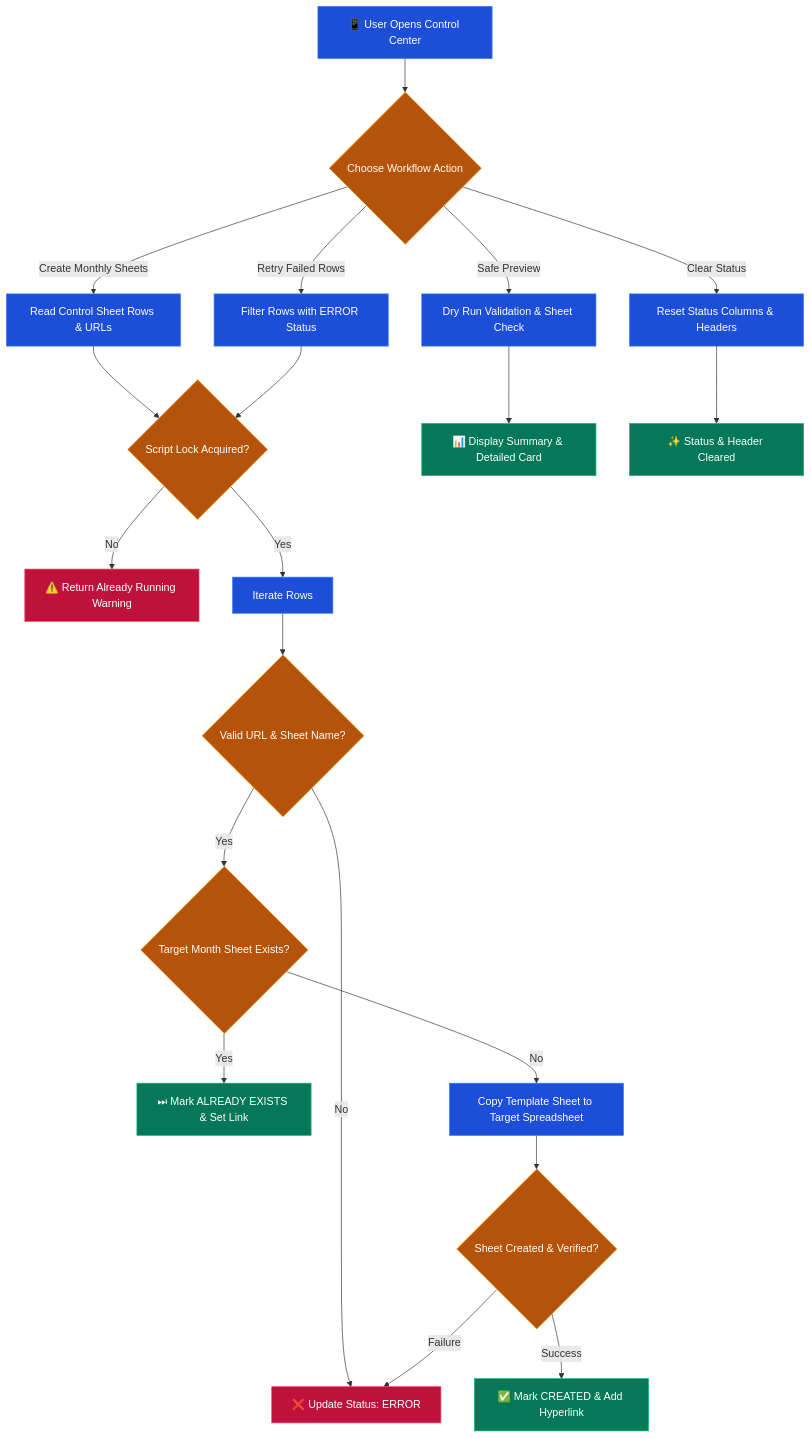
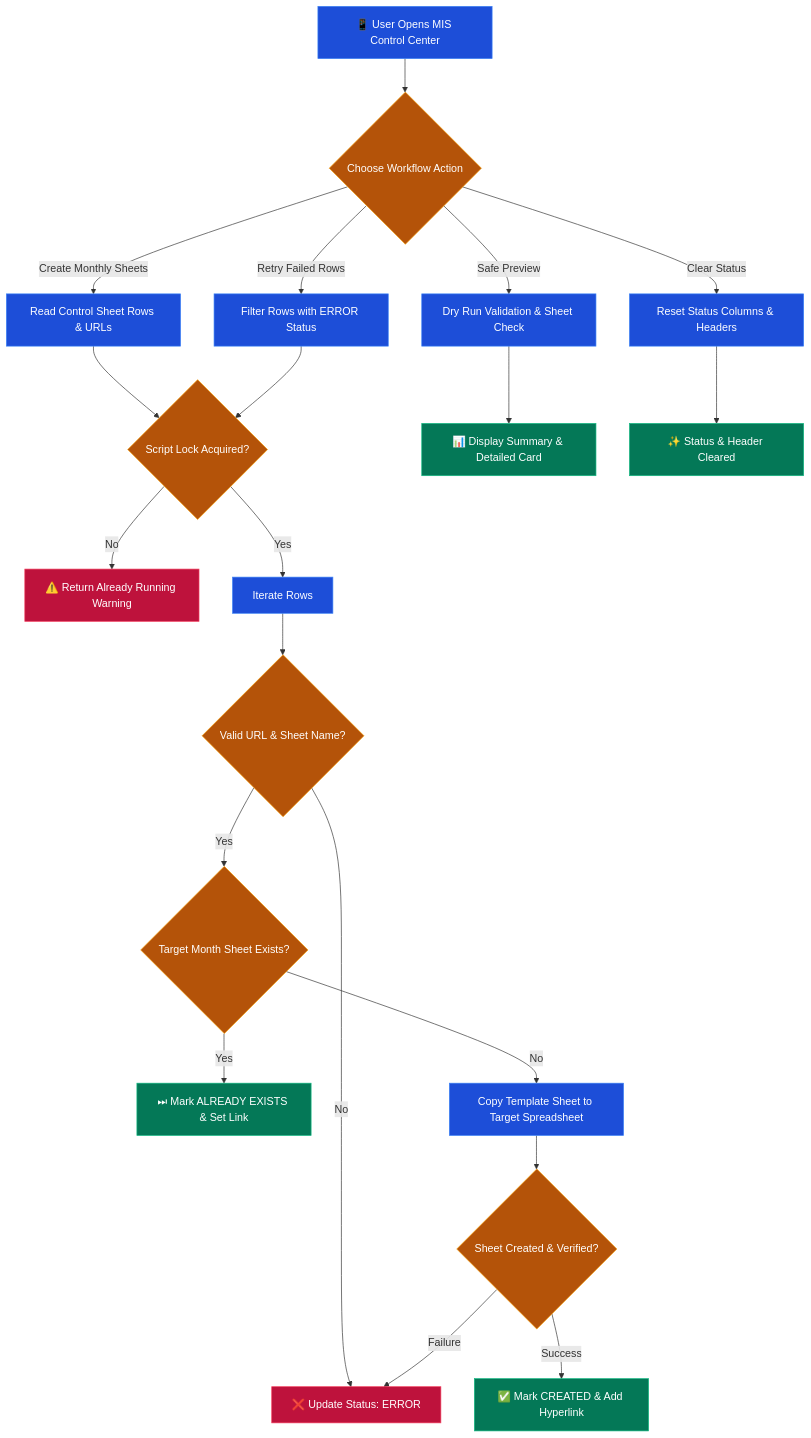
One commit to kaileyventures/monthly-sheet-manager changed the diagram in README.md. Above: the diagram before and after it, drawn with Mermaid. The commit also changed other lines of this file and 1 other file, not shown here.

Commit message:
docs: rebrand control center as MIS Control Center • K41L3Y in README and CHANGELOG

````diff
--- a/README.md
+++ b/README.md
@@ -19,63 +19,63 @@
 ```mermaid
 flowchart TD
-    Start["📱 User Opens Control Center"]
+    Start["📱 User Opens MIS Control Center"]
     Trigger{"Choose Workflow Action"}
 
     FetchData["Read Control Sheet Rows & URLs"]
     DryRun["Dry Run Validation & Sheet Check"]
     FilterError["Filter Rows with ERROR Status"]
     ClearLogs["Reset Status Columns & Headers"]
 
     LockCheck{"Script Lock Acquired?"}
     BusyWarn["⚠️ Return Already Running Warning"]
     LoopRows["Iterate Rows"]
 
     ValCheck{"Valid URL & Sheet Name?"}
     MarkErr["❌ Update Status: ERROR"]
     TargetCheck{"Target Month Sheet Exists?"}
 
     ExistLink["⏭ Mark ALREADY EXISTS & Set Link"]
     CopySheet["Copy Template Sheet to Target Spreadsheet"]
 
     VerifySheet{"Sheet Created & Verified?"}
     MarkCreated["✅ Mark CREATED & Add Hyperlink"]
     DisplayPreview["📊 Display Summary & Detailed Card"]
     StatusReset["✨ Status & Header Cleared"]
 
     Start --> Trigger
     Trigger -->|"Create Monthly Sheets"| FetchData
     Trigger -->|"Safe Preview"| DryRun
     Trigger -->|"Retry Failed Rows"| FilterError
     Trigger -->|"Clear Status"| ClearLogs
 
     FetchData --> LockCheck
     FilterError --> LockCheck
 
     LockCheck -->|"No"| BusyWarn
     LockCheck -->|"Yes"| LoopRows
 
     LoopRows --> ValCheck
     ValCheck -->|"No"| MarkErr
     ValCheck -->|"Yes"| TargetCheck
 
     TargetCheck -->|"Yes"| ExistLink
     TargetCheck -->|"No"| CopySheet
 
     CopySheet --> VerifySheet
     VerifySheet -->|"Success"| MarkCreated
     VerifySheet -->|"Failure"| MarkErr
 
     DryRun --> DisplayPreview
     ClearLogs --> StatusReset
 
     classDef default fill:#1f2937,stroke:#374151,color:#f3f4f6;
     classDef primary fill:#1d4ed8,stroke:#3b82f6,color:#ffffff;
     classDef success fill:#047857,stroke:#10b981,color:#ffffff;
     classDef warning fill:#b45309,stroke:#f59e0b,color:#ffffff;
     classDef danger fill:#be123c,stroke:#f43f5e,color:#ffffff;
 
     class Start,FetchData,DryRun,FilterError,ClearLogs,LoopRows,CopySheet primary;
     class ExistLink,MarkCreated,DisplayPreview,StatusReset success;
     class Trigger,LockCheck,ValCheck,TargetCheck,VerifySheet warning;
     class BusyWarn,MarkErr danger;
 ```
````
